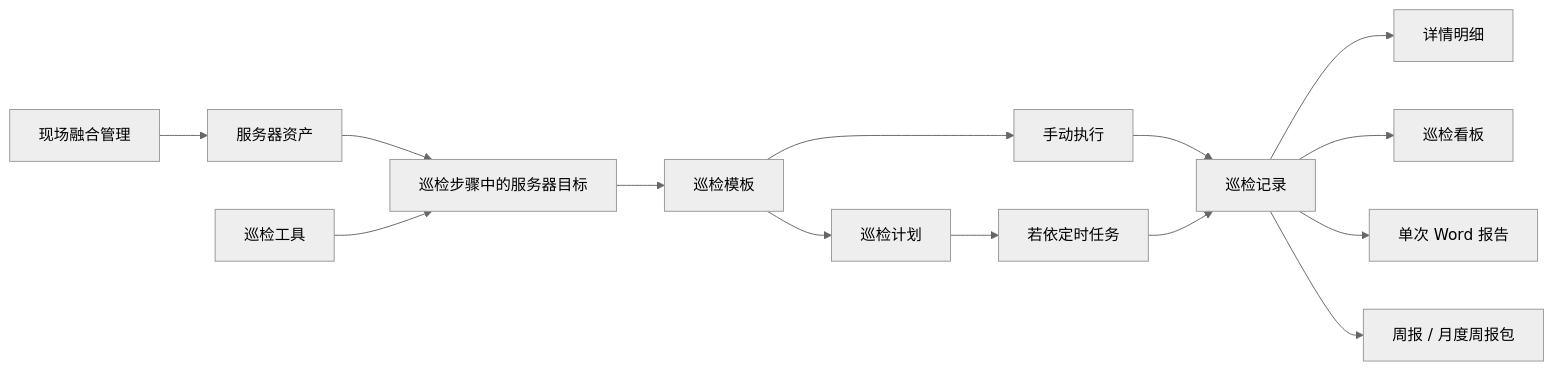
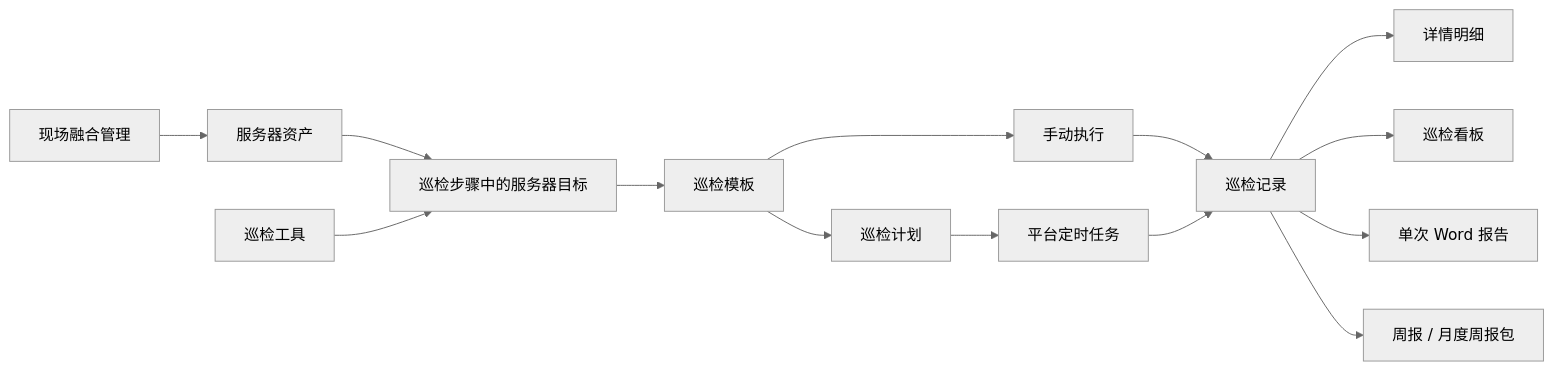
Before and after one commit to krizen97-sz/wjdatafusion: the diagram in RuoYi-Vue3-master/public/docs/auto-inspection/auto-inspection-manual.md, drawn with Mermaid (neutral theme). The commit also changed other lines of this file and 19 other files, not shown here.

````diff
--- a/RuoYi-Vue3-master/public/docs/auto-inspection/auto-inspection-manual.md
+++ b/RuoYi-Vue3-master/public/docs/auto-inspection/auto-inspection-manual.md
@@ -36,16 +36,16 @@
 ```mermaid
 flowchart LR
   A["现场融合管理"] --> B["服务器资产"]
   B --> C["巡检步骤中的服务器目标"]
   D["巡检工具"] --> C
   C --> E["巡检模板"]
   E --> F["手动执行"]
   E --> G["巡检计划"]
-  G --> H["若依定时任务"]
+  G --> H["平台定时任务"]
   F --> I["巡检记录"]
   H --> I
   I --> J["详情明细"]
   I --> K["巡检看板"]
   I --> L["单次 Word 报告"]
   I --> M["周报 / 月度周报包"]
 ```
````
